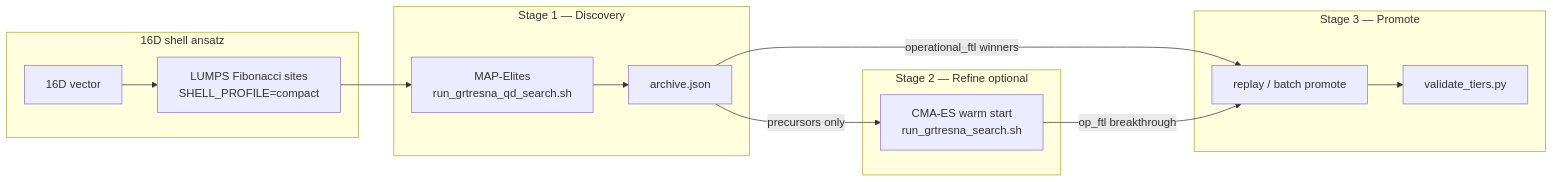
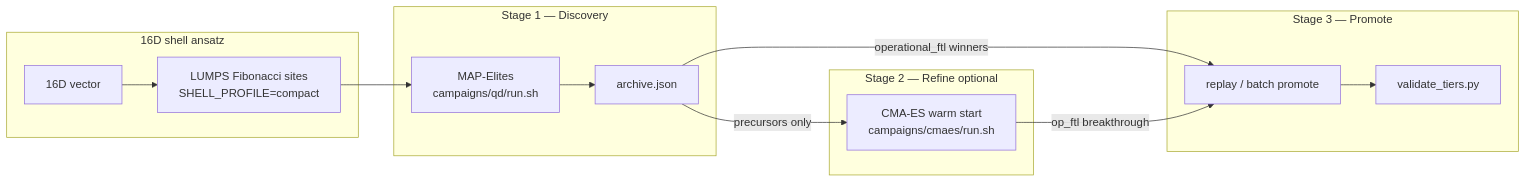
The diagram in grteclyn-wrapper/README.md (Nikchik-coder/GRTeclyn), drawn with Mermaid before and after one commit. The commit also changed other lines of this file and 27 other files, not shown here.

````diff
--- a/grteclyn-wrapper/README.md
+++ b/grteclyn-wrapper/README.md
@@ -264,24 +263,24 @@
 ```mermaid
 flowchart LR
     subgraph shell["16D shell ansatz"]
         V["16D vector"]
         L["LUMPS Fibonacci sites<br/>SHELL_PROFILE=compact"]
         V --> L
     end
     subgraph s1["Stage 1 — Discovery"]
-        QD["MAP-Elites<br/>run_grtresna_qd_search.sh"]
+        QD["MAP-Elites<br/>campaigns/qd/run.sh"]
         A["archive.json"]
     end
     subgraph s2["Stage 2 — Refine optional"]
-        RF["CMA-ES warm start<br/>run_grtresna_search.sh"]
+        RF["CMA-ES warm start<br/>campaigns/cmaes/run.sh"]
     end
     subgraph s3["Stage 3 — Promote"]
         PR["replay / batch promote"]
         T["validate_tiers.py"]
     end
     L --> QD --> A
     A -->|"precursors only"| RF
     A -->|"operational_ftl winners"| PR
     RF -->|"op_ftl breakthrough"| PR
     PR --> T
 ```
````
